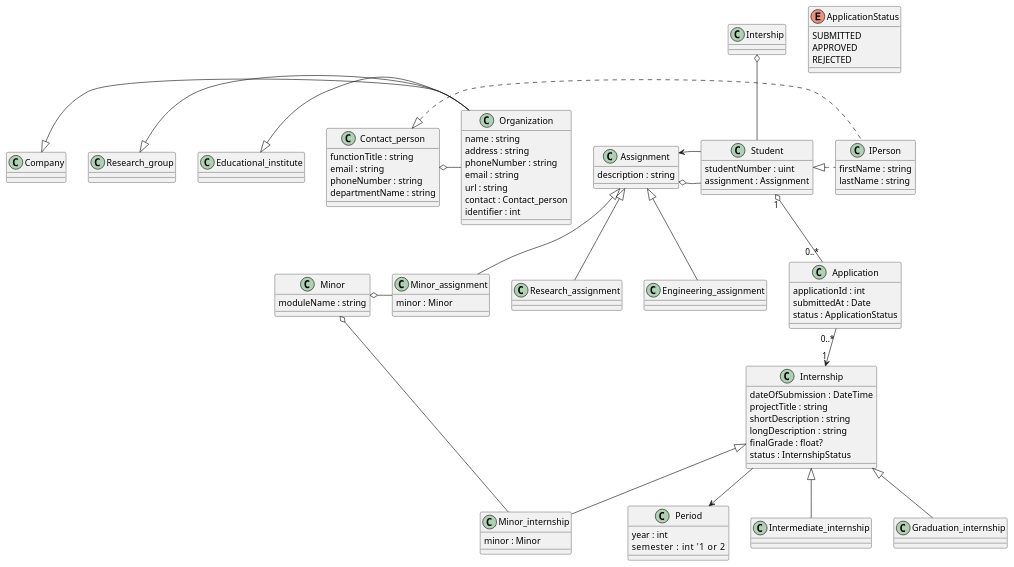
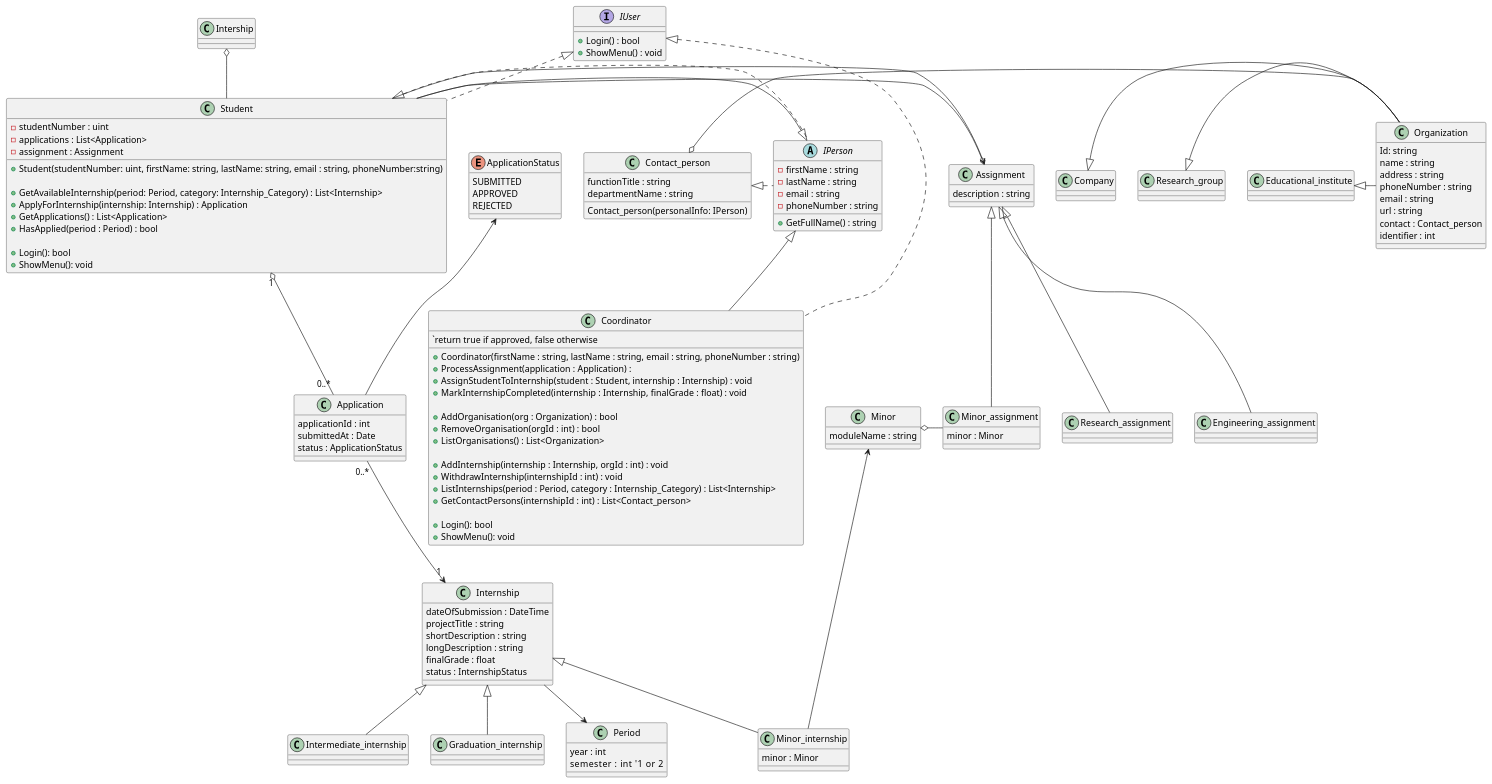
The diagram in Week3/ClassDiagram.puml (JoiningwithMattheus/Week1), drawn with PlantUML before and after one commit.

Commit message:
Student & Coordinator

```diff
--- a/Week3/ClassDiagram.puml
+++ b/Week3/ClassDiagram.puml
@@ -1,121 +1,167 @@
 @startuml SIS
 
+interface IUser{
+    +Login() : bool
+    +ShowMenu() : void
+}
+
+abstract class IPerson{
+    -firstName : string
+    -lastName : string
+    -email : string
+    -phoneNumber : string
+    +GetFullName() : string
+}
+
+class Student {
+    -studentNumber : uint
+    -applications : List<Application>
+    -assignment : Assignment
+
+    +Student(studentNumber: uint, firstName: string, lastName: string, email : string, phoneNumber:string)
+
+    +GetAvailableInternship(period: Period, category: Internship_Category) : List<Internship>
+    +ApplyForInternship(internship: Internship) : Application
+    +GetApplications() : List<Application>
+    +HasApplied(period : Period) : bool
+
+    +Login(): bool
+    +ShowMenu(): void
+}
+
+class Coordinator {
+    +Coordinator(firstName : string, lastName : string, email : string, phoneNumber : string)
+
+    `return true if approved, false otherwise
+    +ProcessAssignment(application : Application) : 
+    +AssignStudentToInternship(student : Student, internship : Internship) : void
+    +MarkInternshipCompleted(internship : Internship, finalGrade : float) : void
+
+    +AddOrganisation(org : Organization) : bool
+    +RemoveOrganisation(orgId : int) : bool
+    +ListOrganisations() : List<Organization>
+
+    +AddInternship(internship : Internship, orgId : int) : void
+    +WithdrawInternship(internshipId : int) : void
+    +ListInternships(period : Period, category : Internship_Category) : List<Internship>
+    +GetContactPersons(internshipId : int) : List<Contact_person>
+
+    +Login(): bool
+    +ShowMenu(): void
+}
+
+IUser <|.. Student
+IUser <|.. Coordinator
+
+IPerson <|-- Student
+IPerson <|-- Coordinator
+
+
 class Organization {
+    Id: string
     name : string
     address : string
     phoneNumber : string
     email : string
     url : string
     contact : Contact_person
     identifier : int
+}
 
+class Contact_person {
+    Contact_person(personalInfo: IPerson)
+    functionTitle : string
+    departmentName : string
 }
 
 class Company {
 
 }
 Company <|- Organization
 
 class Research_group{
 
 }
 Research_group <|- Organization
 
 class Educational_institute{
 
 }
 Educational_institute <|- Organization
 
 class Period {
     year : int
     semester : int     '1 or 2
 }
 
 class Internship {
     dateOfSubmission : DateTime
     projectTitle : string
     shortDescription : string
     longDescription : string
-    finalGrade : float?
+    finalGrade : float
     status : InternshipStatus
 }
 
 Internship --> Period
 
 class Intermediate_internship
 
 class Minor_internship {
     minor : Minor
 }
 
-class Graduation_internship 
+class Graduation_internship
 
 Internship <|-- Intermediate_internship
 Internship <|-- Minor_internship
 Internship <|-- Graduation_internship
 
 class Assignment {
     description : string
 }
 Assignment o- Student
 
 class Research_assignment
 class Minor_assignment {
     minor : Minor
 }
 
 class Engineering_assignment
 
 Assignment <|-- Research_assignment
 Assignment <|-- Minor_assignment
 Assignment <|-- Engineering_assignment
 
-class IPerson{
-    firstName : string
-    lastName : string
-
-}
-
-class Student {
-    studentNumber : uint
-    assignment : Assignment
-
-}
 Student <|. IPerson
 
-class Contact_person {
-    functionTitle : string
-    email : string
-    phoneNumber : string
-    departmentName : string
-
-}
 Contact_person <|. IPerson
 Contact_person o- Organization
 
 class Minor {
     moduleName : string
-
 }
-Minor o- Minor_internship
+Minor <-- Minor_internship
 Minor o- Minor_assignment
 
 class Application {
     applicationId : int
     submittedAt : Date
     status : ApplicationStatus
 }
 
 enum ApplicationStatus {
     SUBMITTED
     APPROVED
     REJECTED
 }
 
+ApplicationStatus <-- Application
+
 Student "1" o-- "0..*" Application
 Application "0..*" --> "1" Internship
 
 Intership o-- Student
 Student --> Assignment
 
 @enduml
```
